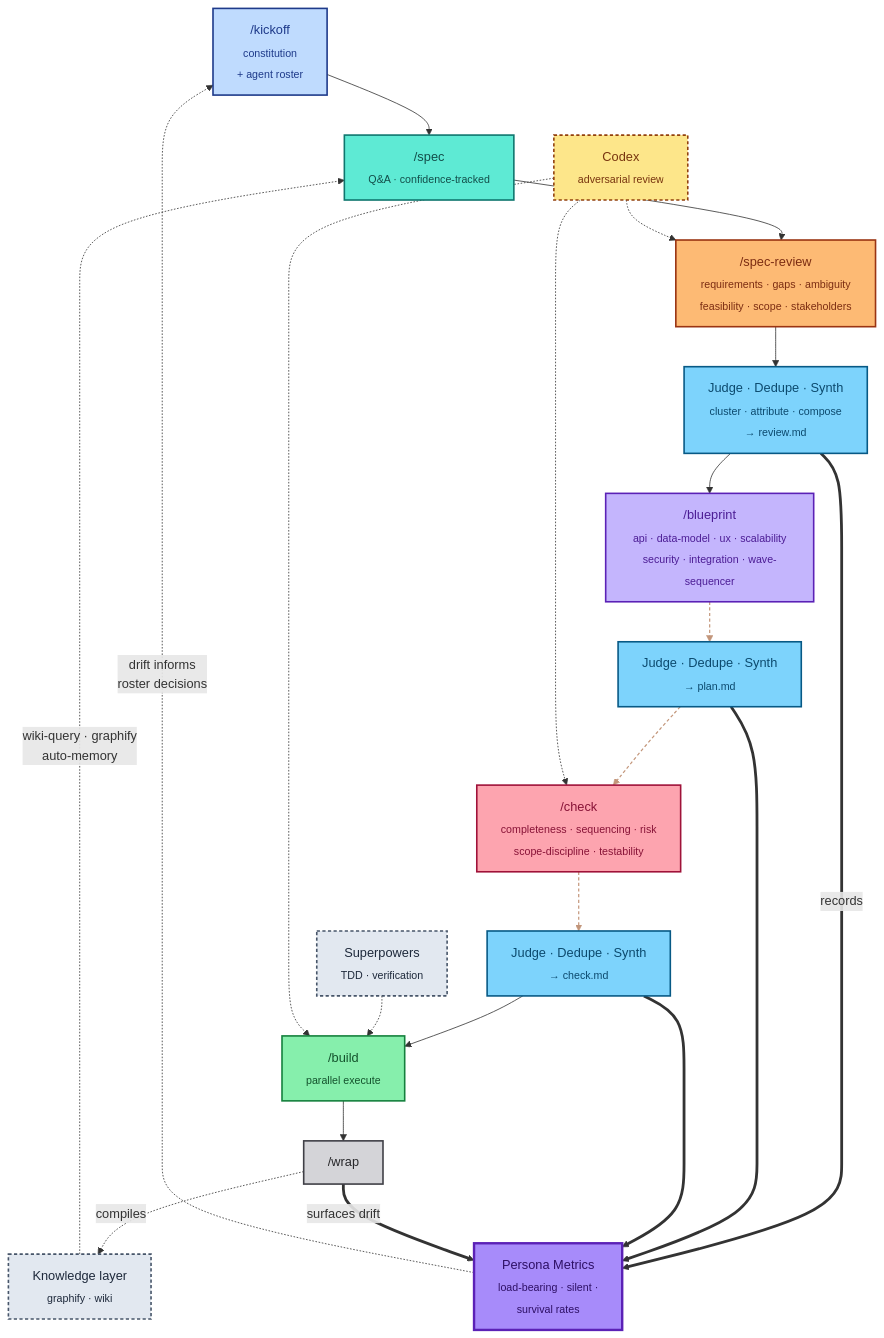
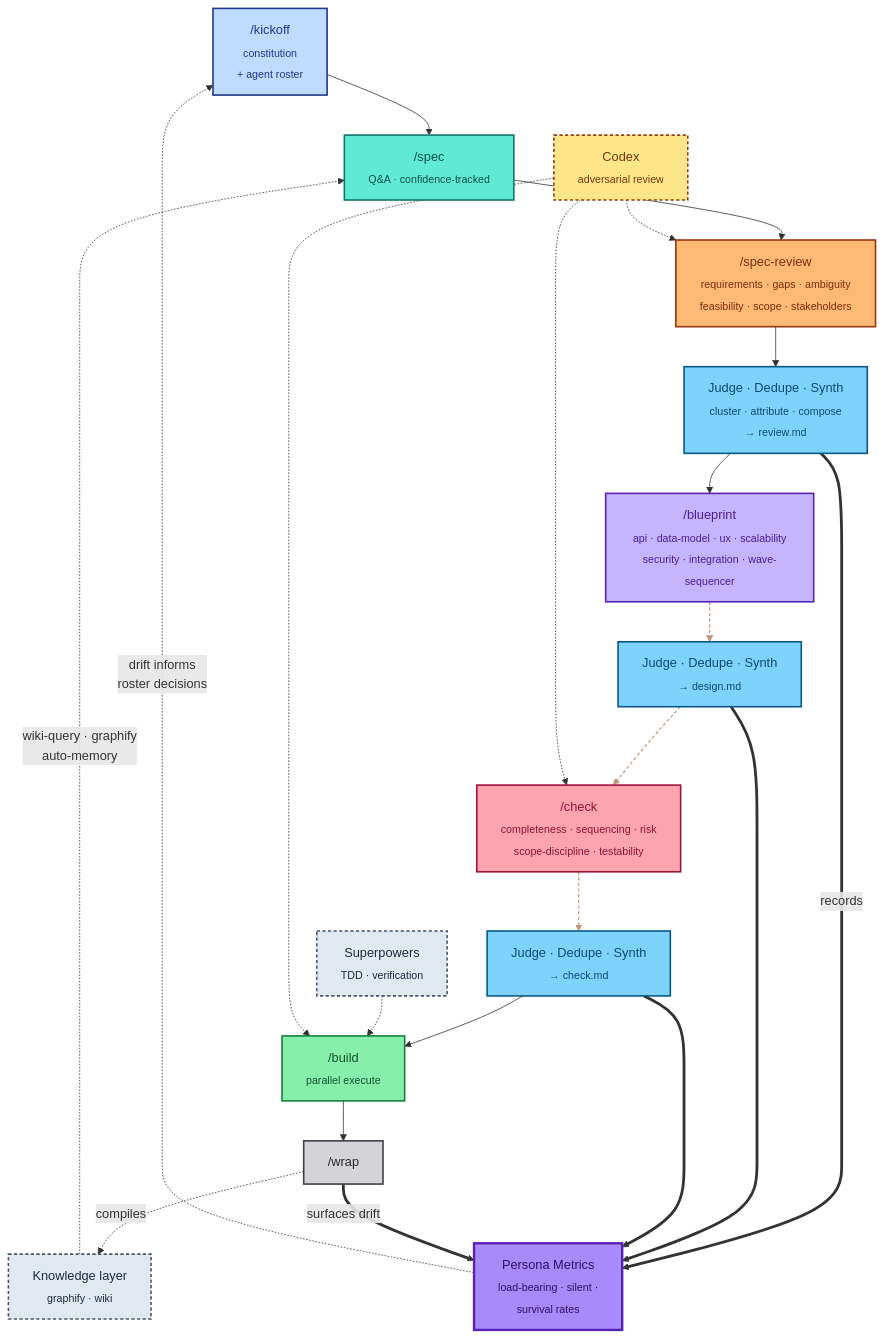
One commit to Jstottlemyer/MonsterFlow changed the first of 2 diagrams in README.md. Above: the diagram before and after it, drawn with Mermaid. The commit also changed other lines of this file and 6 other files, not shown here.

````diff
--- a/README.md
+++ b/README.md
@@ -31,47 +31,47 @@
 ```mermaid
 flowchart TD
     K["/kickoff<br/><sub>constitution<br/>+ agent roster</sub>"]:::setup
     S["/spec<br/><sub>Q&A · confidence-tracked</sub>"]:::define
     SR["/spec-review<br/><sub>requirements · gaps · ambiguity<br/>feasibility · scope · stakeholders</sub>"]:::review
     JS1["Judge · Dedupe · Synth<br/><sub>cluster · attribute · compose<br/>→ review.md</sub>"]:::synth
     P["/blueprint<br/><sub>api · data-model · ux · scalability<br/>security · integration · wave-sequencer</sub>"]:::plan
-    JS2["Judge · Dedupe · Synth<br/><sub>→ plan.md</sub>"]:::synth
+    JS2["Judge · Dedupe · Synth<br/><sub>→ design.md</sub>"]:::synth
     C["/check<br/><sub>completeness · sequencing · risk<br/>scope-discipline · testability</sub>"]:::gate
     JS3["Judge · Dedupe · Synth<br/><sub>→ check.md</sub>"]:::synth
     B["/build<br/><sub>parallel execute</sub>"]:::execute
     W["/wrap"]:::wrap
 
     K --> S --> SR --> JS1 --> P --> JS2 --> C --> JS3 --> B --> W
 
     SP["Superpowers<br/><sub>TDD · verification</sub>"]:::side
     CX["Codex<br/><sub>adversarial review</sub>"]:::accent
     KL["Knowledge layer<br/><sub>graphify · wiki</sub>"]:::side
     PM["Persona Metrics<br/><sub>load-bearing · silent ·<br/>survival rates</sub>"]:::metrics
 
     SP -.-> B
     CX -.-> SR
     CX -.-> C
     CX -.-> B
     W -. compiles .-> KL
     JS1 ==records==> PM
     JS2 ==> PM
     JS3 ==> PM
     W ==surfaces drift==> PM
 
     KL -. "wiki-query · graphify<br/>auto-memory" .-> S
     PM -. "drift informs<br/>roster decisions" .-> K
 
     linkStyle 4,5,6 stroke:#92400e,stroke-width:1.5px,stroke-dasharray:4 3,opacity:0.55
 
     classDef setup fill:#bfdbfe,stroke:#1e3a8a,color:#1e3a8a,stroke-width:2px
     classDef define fill:#5eead4,stroke:#0f766e,color:#134e4a,stroke-width:2px
     classDef review fill:#fdba74,stroke:#9a3412,color:#7c2d12,stroke-width:2px
     classDef plan fill:#c4b5fd,stroke:#5b21b6,color:#4c1d95,stroke-width:2px
     classDef gate fill:#fda4af,stroke:#9f1239,color:#881337,stroke-width:2px
     classDef execute fill:#86efac,stroke:#15803d,color:#14532d,stroke-width:2px
     classDef wrap fill:#d4d4d8,stroke:#3f3f46,color:#27272a,stroke-width:2px
     classDef synth fill:#7dd3fc,stroke:#075985,color:#0c4a6e,stroke-width:2px
     classDef side fill:#e2e8f0,stroke:#475569,color:#1e293b,stroke-width:2px,stroke-dasharray: 4 3
     classDef accent fill:#fde68a,stroke:#92400e,color:#78350f,stroke-width:2px,stroke-dasharray: 4 3
     classDef metrics fill:#a78bfa,stroke:#5b21b6,color:#2e1065,stroke-width:3px
 ```
````
